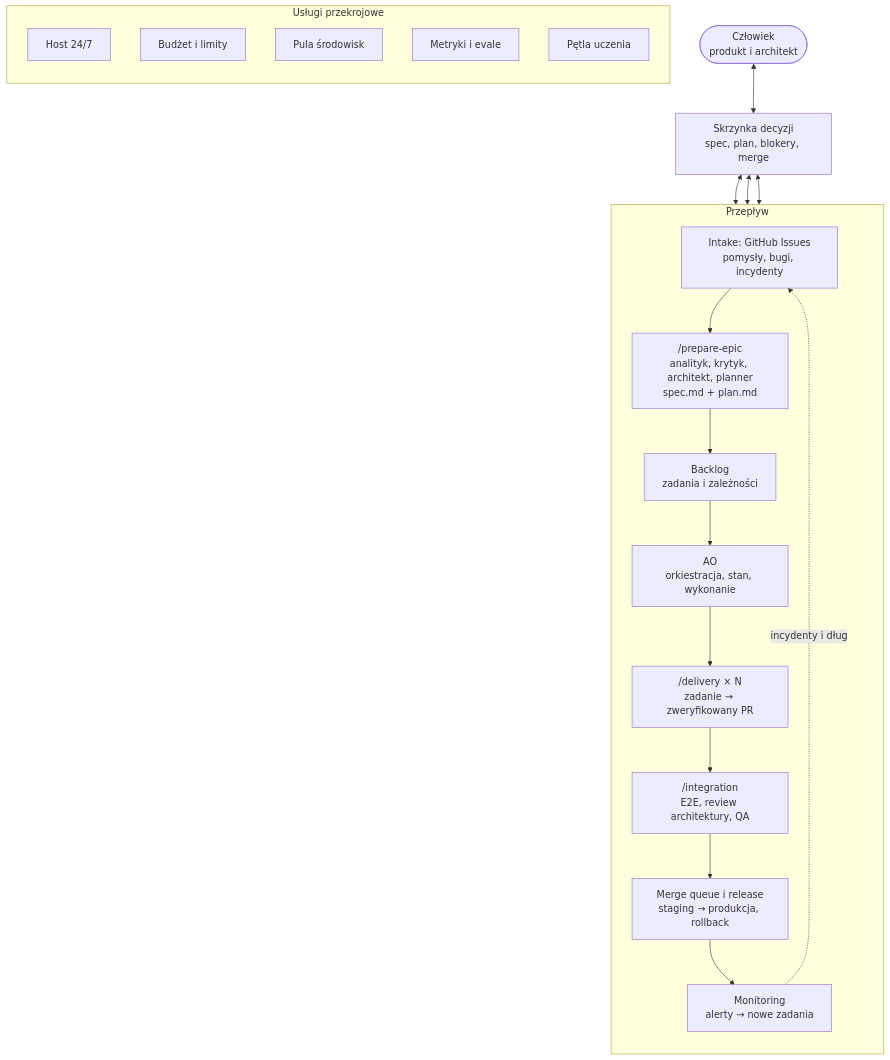
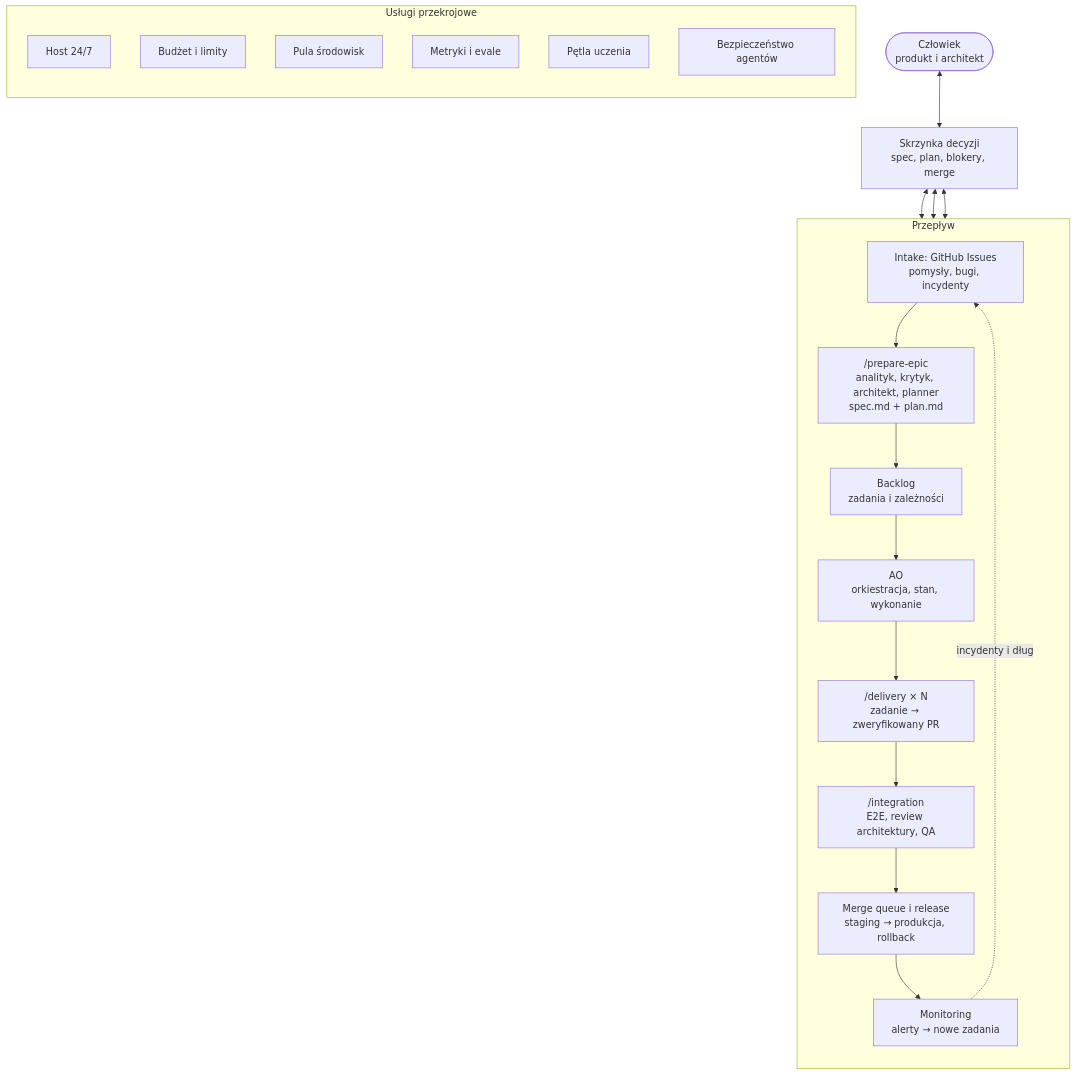
The diagram in docs/adr/agentic-software-house.md (piotrp321/shop), drawn with Mermaid before and after one commit. The commit also changed other lines of this file and 1 other file, not shown here.

````diff
--- a/docs/adr/agentic-software-house.md
+++ b/docs/adr/agentic-software-house.md
@@ -18,34 +18,35 @@
 ```mermaid
 flowchart TB
     human([Człowiek<br/>produkt i architekt])
     inbox[Skrzynka decyzji<br/>spec, plan, blokery, merge]
 
     subgraph flow[Przepływ]
         direction TB
         intake[Intake: GitHub Issues<br/>pomysły, bugi, incydenty]
         prepare["/prepare-epic<br/>analityk, krytyk, architekt, planner<br/>spec.md + plan.md"]
         backlog[Backlog<br/>zadania i zależności]
         ao[AO<br/>orkiestracja, stan, wykonanie]
         delivery["/delivery × N<br/>zadanie → zweryfikowany PR"]
         integration["/integration<br/>E2E, review architektury, QA"]
         release[Merge queue i release<br/>staging → produkcja, rollback]
         monitoring[Monitoring<br/>alerty → nowe zadania]
         intake --> prepare --> backlog --> ao --> delivery --> integration --> release --> monitoring
         monitoring -. incydenty i dług .-> intake
     end
 
     subgraph shared[Usługi przekrojowe]
         direction TB
         host[Host 24/7]
         budget[Budżet i limity]
         envs[Pula środowisk]
         metrics[Metryki i evale]
         learning[Pętla uczenia]
+        security[Bezpieczeństwo agentów]
     end
 
     human <--> inbox
     inbox <--> prepare
     inbox <--> ao
     inbox <--> release
 
 ```
````
